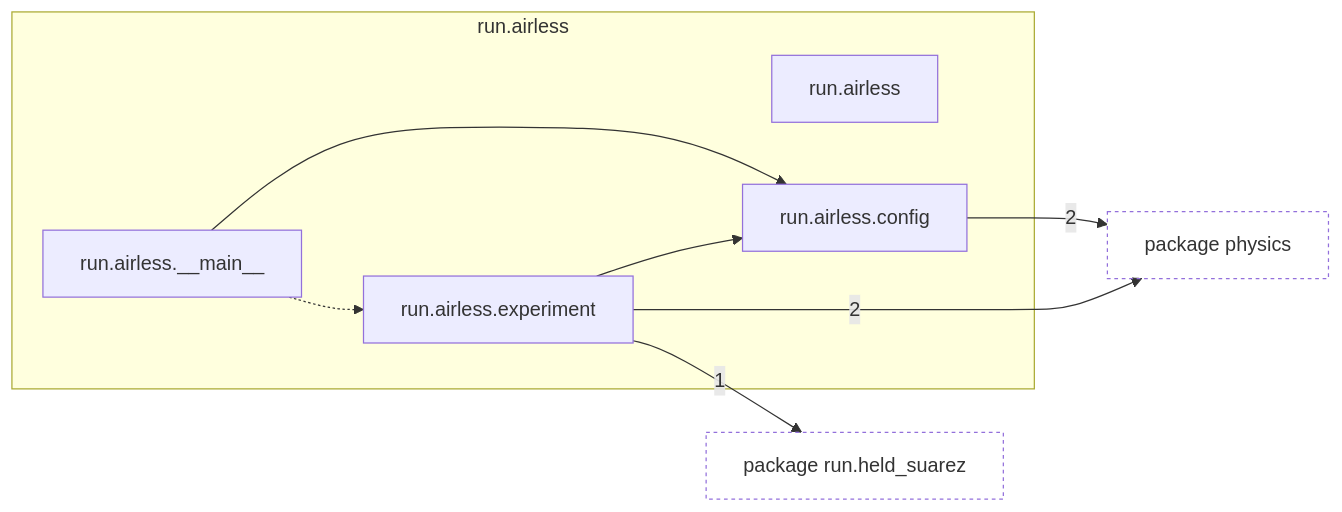
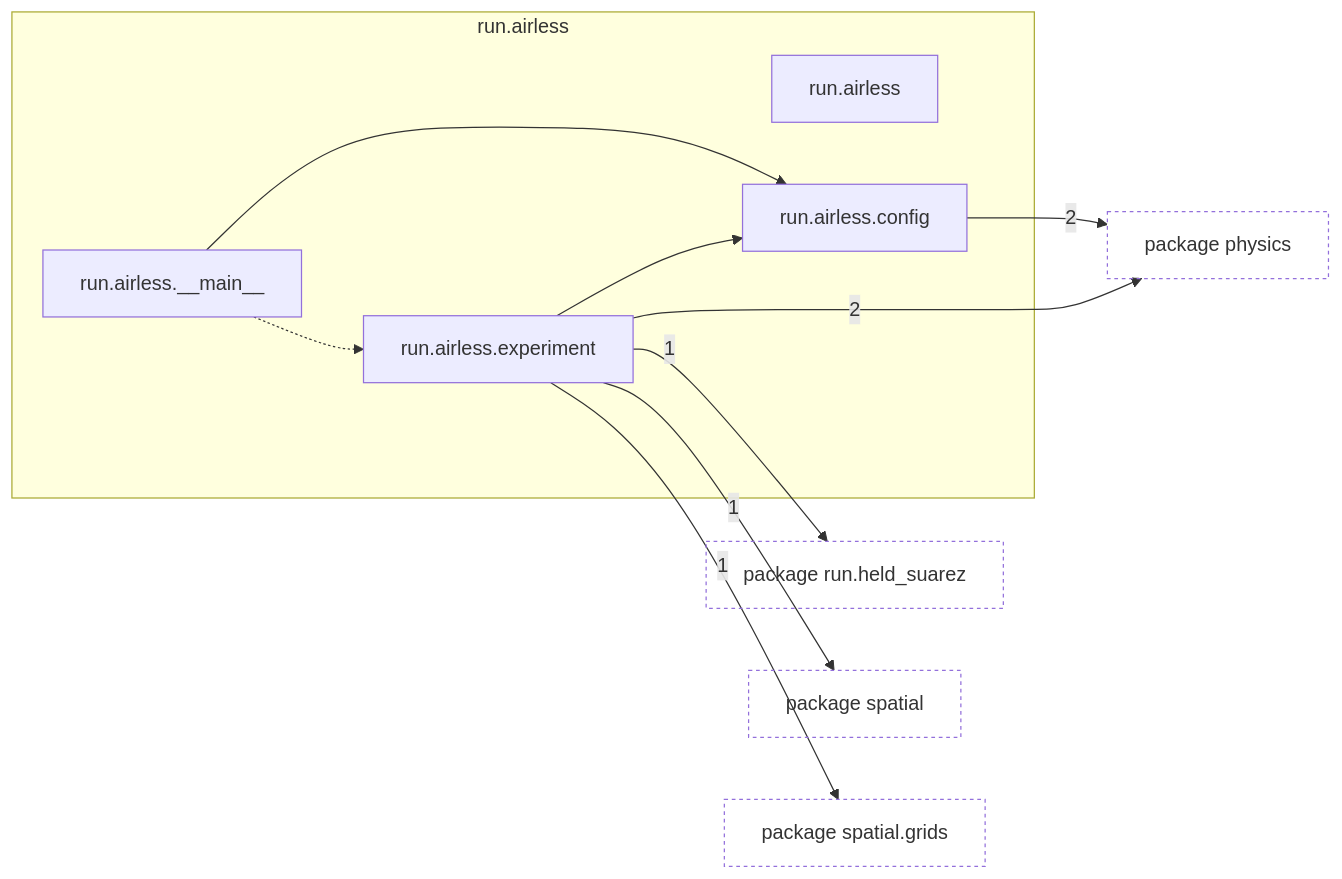
One commit to AlexandreEros/Palintropos changed the first of 2 diagrams in docs/architecture/current/packages/tropoi.run.airless.md. Above: the diagram before and after it, drawn with Mermaid. The commit also changed other lines of this file and 47 other files, not shown here.

````diff
--- a/docs/architecture/current/packages/tropoi.run.airless.md
+++ b/docs/architecture/current/packages/tropoi.run.airless.md
@@ -20,22 +20,28 @@
 ```mermaid
 %% Generated by tools.architecture 2.3.0. Do not edit by hand.
 %% Modules of tropoi.run.airless with imports in and out
 flowchart LR
     subgraph g_tropoi_orun_oairless["run.airless"]
         n_tropoi_orun_oairless["run.airless"]
         n_tropoi_orun_oairless_o____main____["run.airless.#95;#95;main#95;#95;"]
         n_tropoi_orun_oairless_oconfig["run.airless.config"]
         n_tropoi_orun_oairless_oexperiment["run.airless.experiment"]
     end
     p_tropoi_ophysics["package physics"]
     p_tropoi_orun_oheld__suarez["package run.held#95;suarez"]
+    p_tropoi_ospatial["package spatial"]
+    p_tropoi_ospatial_ogrids["package spatial.grids"]
     n_tropoi_orun_oairless_o____main____ --> n_tropoi_orun_oairless_oconfig
     n_tropoi_orun_oairless_o____main____ -.-> n_tropoi_orun_oairless_oexperiment
     n_tropoi_orun_oairless_oexperiment --> n_tropoi_orun_oairless_oconfig
     n_tropoi_orun_oairless_oconfig -->|2| p_tropoi_ophysics
     n_tropoi_orun_oairless_oexperiment -->|2| p_tropoi_ophysics
     n_tropoi_orun_oairless_oexperiment -->|1| p_tropoi_orun_oheld__suarez
+    n_tropoi_orun_oairless_oexperiment -->|1| p_tropoi_ospatial
+    n_tropoi_orun_oairless_oexperiment -->|1| p_tropoi_ospatial_ogrids
     classDef other fill:none,stroke-dasharray:3 3
     class p_tropoi_ophysics other
     class p_tropoi_orun_oheld__suarez other
+    class p_tropoi_ospatial other
+    class p_tropoi_ospatial_ogrids other
 ```
````
